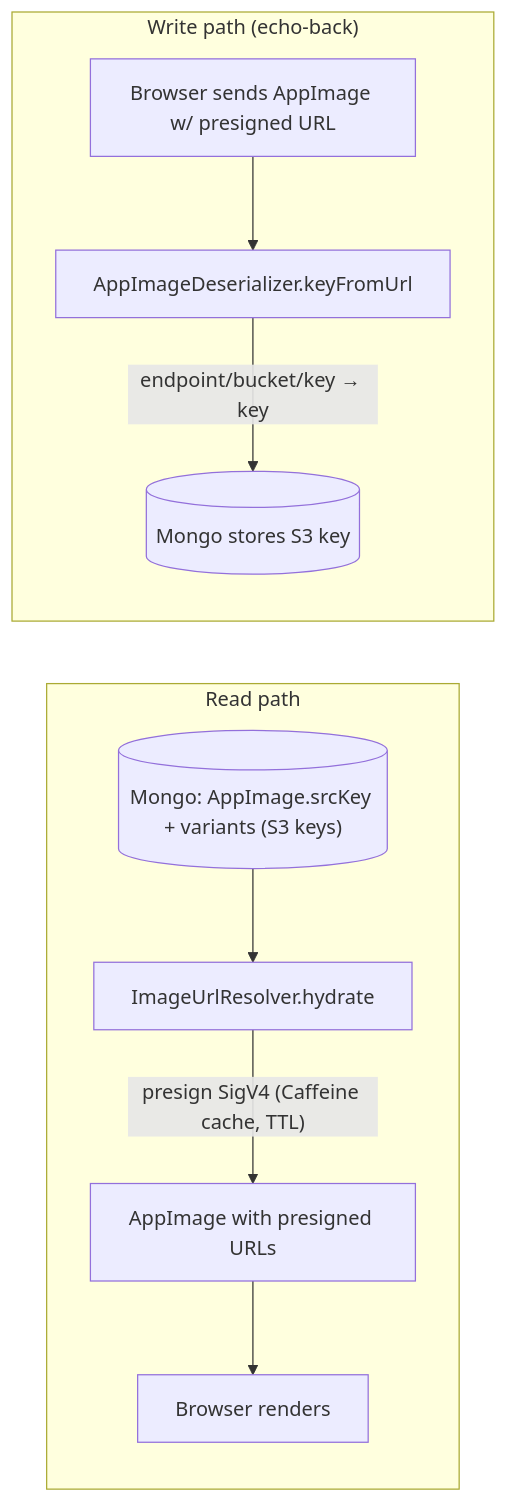
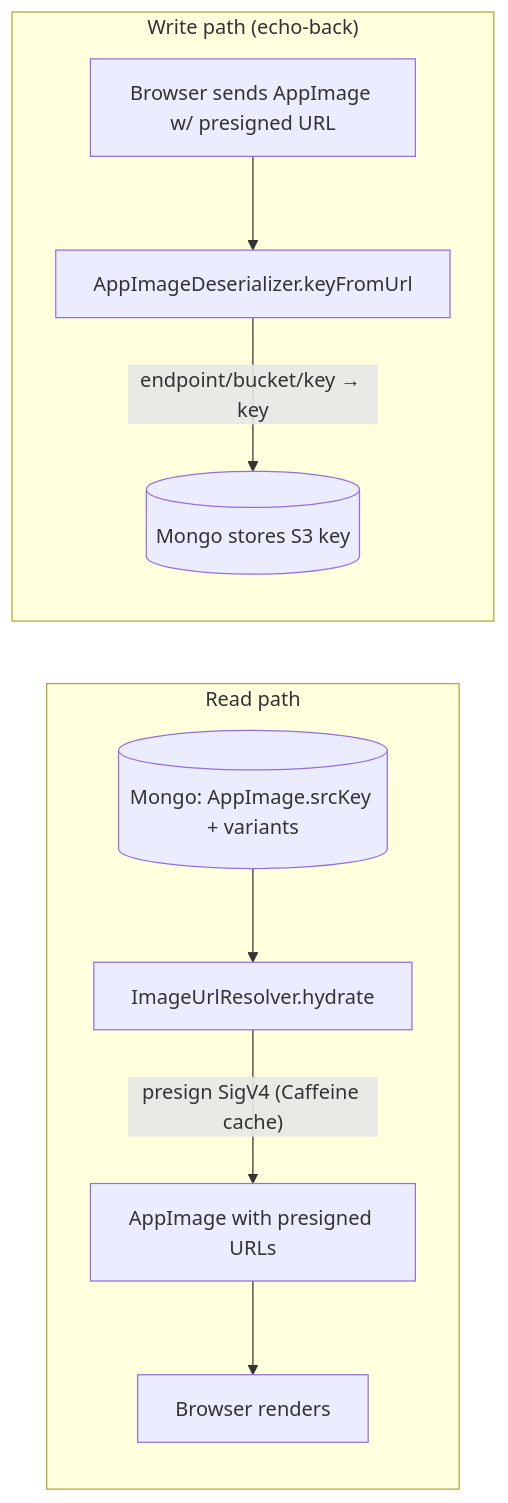
The second of 6 diagrams in z-docs/diagrams/media-gallery.md (Saganaut/ambi), drawn with Mermaid before and after one commit. The commit also changed other lines of this file and 91 other files, not shown here.

````diff
--- a/z-docs/diagrams/media-gallery.md
+++ b/z-docs/diagrams/media-gallery.md
@@ -64,12 +54,12 @@
 ```mermaid
 flowchart LR
     subgraph read["Read path"]
-        M1[("Mongo: AppImage.srcKey + variants (S3 keys)")] --> UR["ImageUrlResolver.hydrate"]
-        UR -->|"presign SigV4 (Caffeine cache, TTL)"| OUT["AppImage with presigned URLs"]
+        M1[("Mongo: AppImage.srcKey + variants")] --> UR["ImageUrlResolver.hydrate"]
+        UR -->|"presign SigV4 (Caffeine cache)"| OUT["AppImage with presigned URLs"]
         OUT --> FE1["Browser renders"]
     end
     subgraph write["Write path (echo-back)"]
         FE2["Browser sends AppImage w/ presigned URL"] --> DES["AppImageDeserializer.keyFromUrl"]
         DES -->|"endpoint/bucket/key → key"| M2[("Mongo stores S3 key")]
     end
 ```
````
